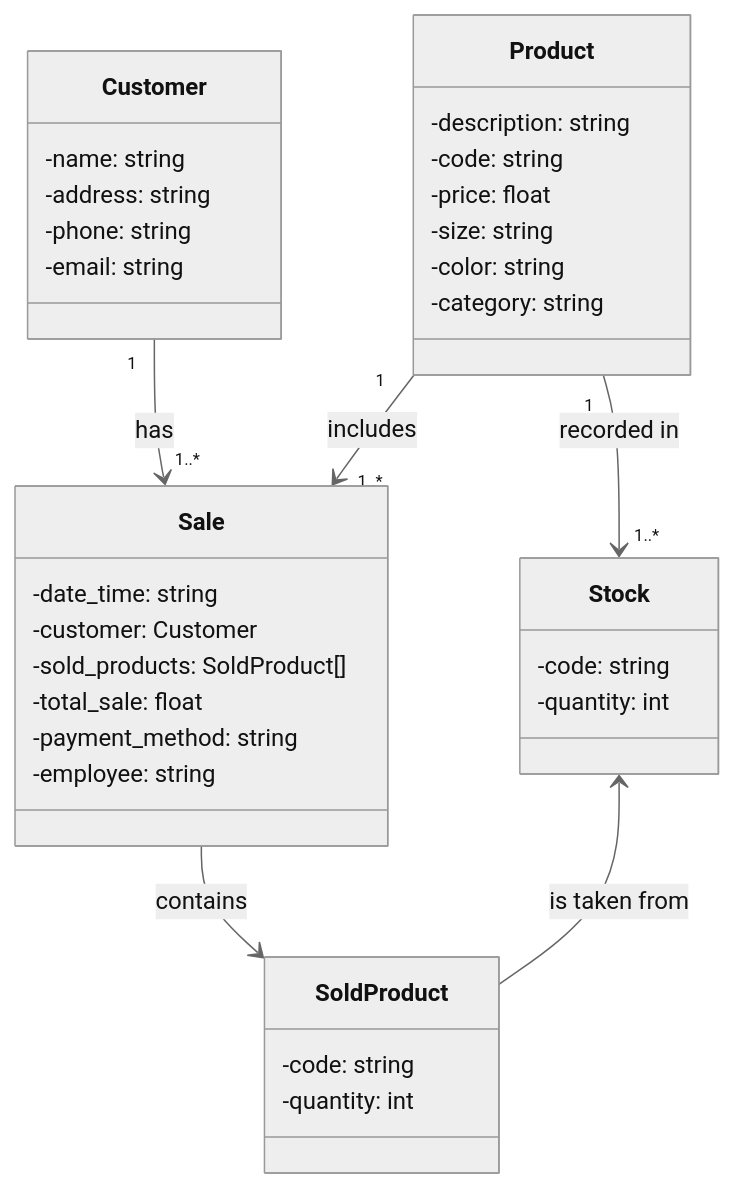
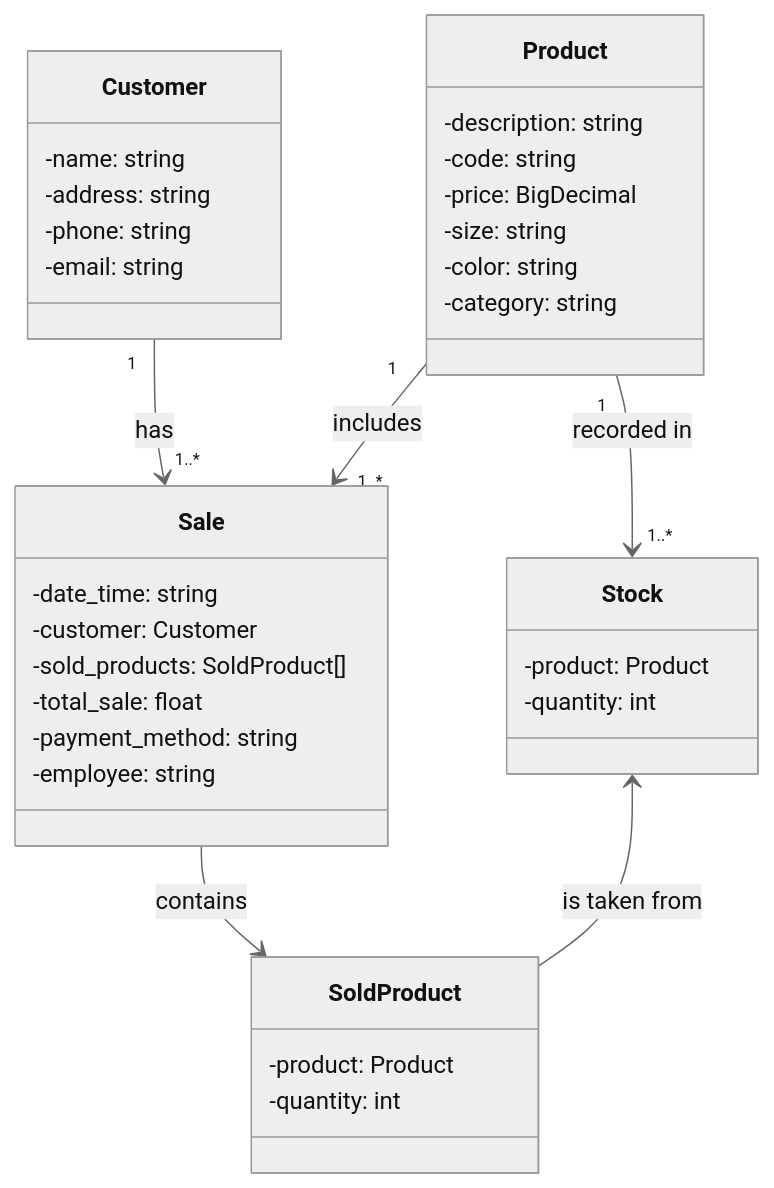
Before and after one commit to chrissperb/dio-desafio-sistema-roupas-infantis: the diagram in README.md, drawn with Mermaid (neutral theme).

Commit message:
Update README.md
Alteração das classes "Stock" e "SoldProduct" no diagrama de classes, substituindo o parametro "code" por "Product".
Alteração do tipo primitivo  "float" para "BigDecimal" no diagrama de classes para o parametro "price".

````diff
--- a/README.md
+++ b/README.md
@@ -6,45 +6,45 @@
 ``` mermaid
 
 classDiagram
     class Customer {
         -name: string
         -address: string
         -phone: string
         -email: string
     }
     
     class Product {
         -description: string
         -code: string
-        -price: float
+        -price: BigDecimal
         -size: string
         -color: string
         -category: string
     }
     
     class Stock {
-        -code: string
+        -product: Product
         -quantity: int
     }
     
     class Sale {
         -date_time: string
         -customer: Customer
         -sold_products: SoldProduct[]
         -total_sale: float
         -payment_method: string
         -employee: string
     }
     
     class SoldProduct {
-        -code: string
+        -product: Product
         -quantity: int
     }
 
     Customer "1" --> "1..*" Sale : has
     Product "1" --> "1..*" Sale : includes
     Product "1" --> "1..*" Stock : recorded in
     Stock <-- SoldProduct : is taken from
     Sale --> SoldProduct : contains
 
 ```
````
